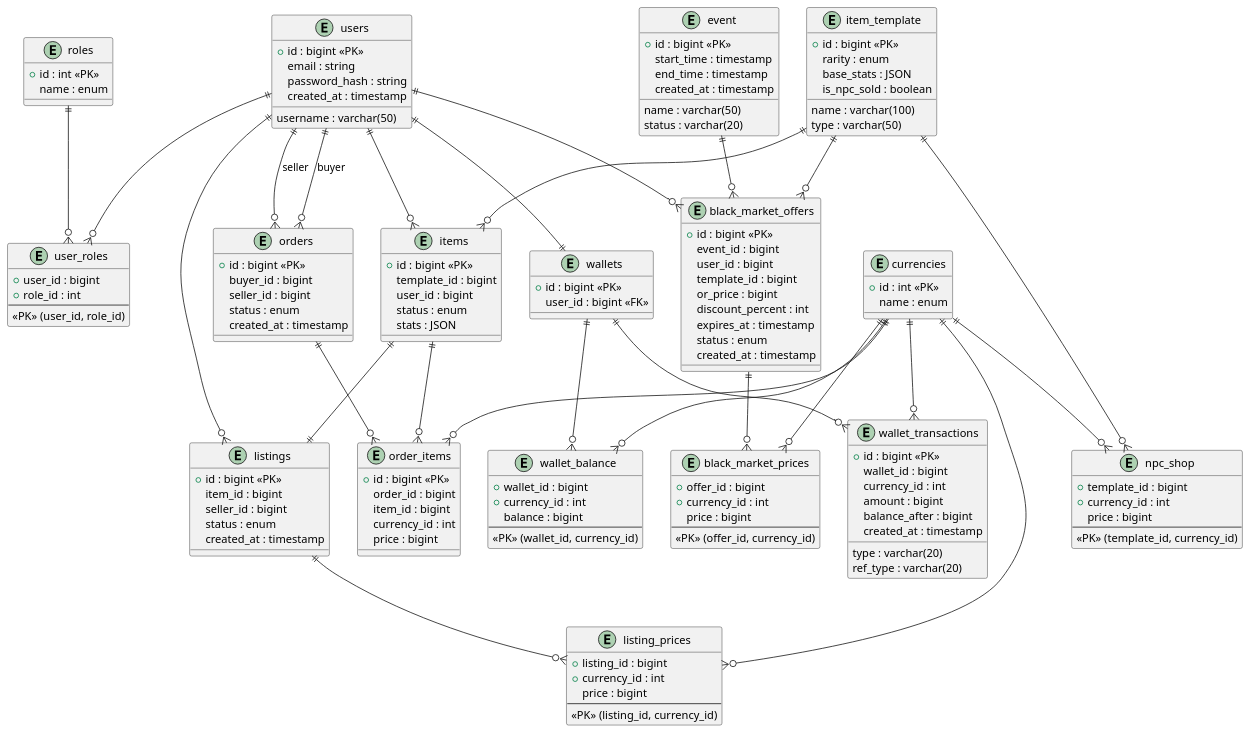
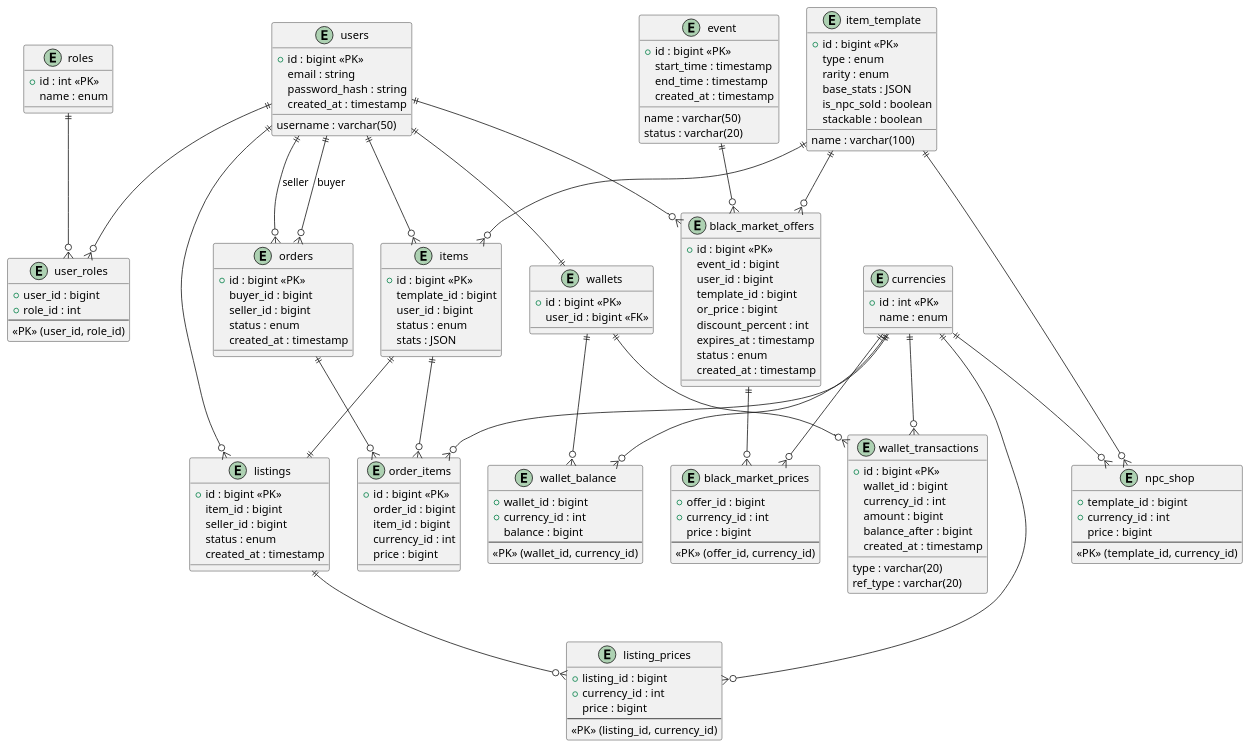
One commit to HHuongDuong/RuneForgeMarket changed the diagram in docs/erd-diagram.md. Above: the diagram before and after it, drawn with PlantUML. The commit also changed 14 other files, not shown here.

```diff
--- a/docs/erd-diagram.md
+++ b/docs/erd-diagram.md
@@ -64,10 +64,11 @@
 entity item_template {
   +id : bigint <<PK>>
   name : varchar(100)
-  type : varchar(50)
+  type : enum
   rarity : enum
   base_stats : JSON
   is_npc_sold : boolean
+  stackable : boolean
 }
 
 entity items {
```
